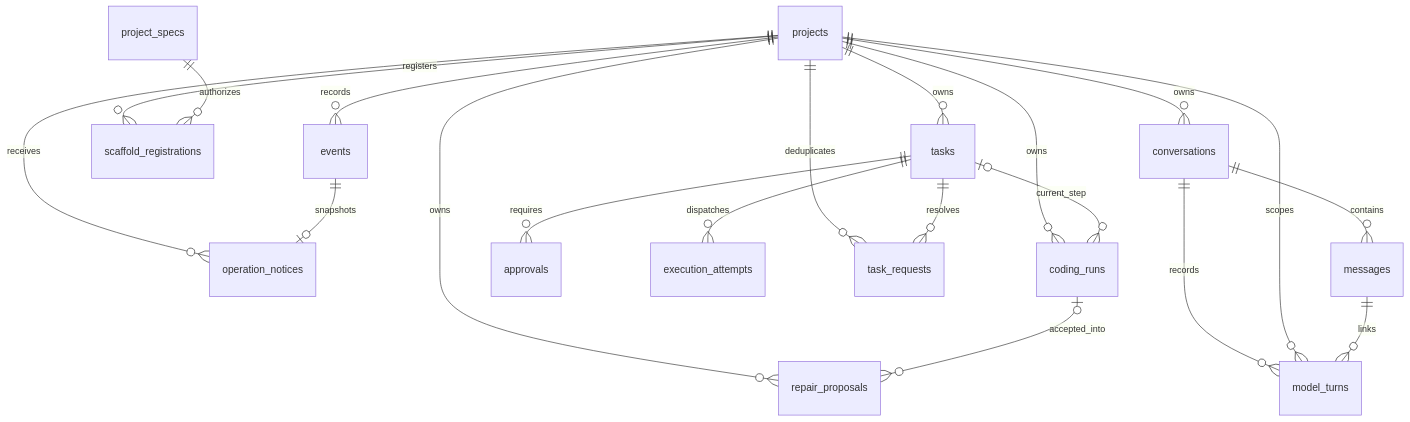
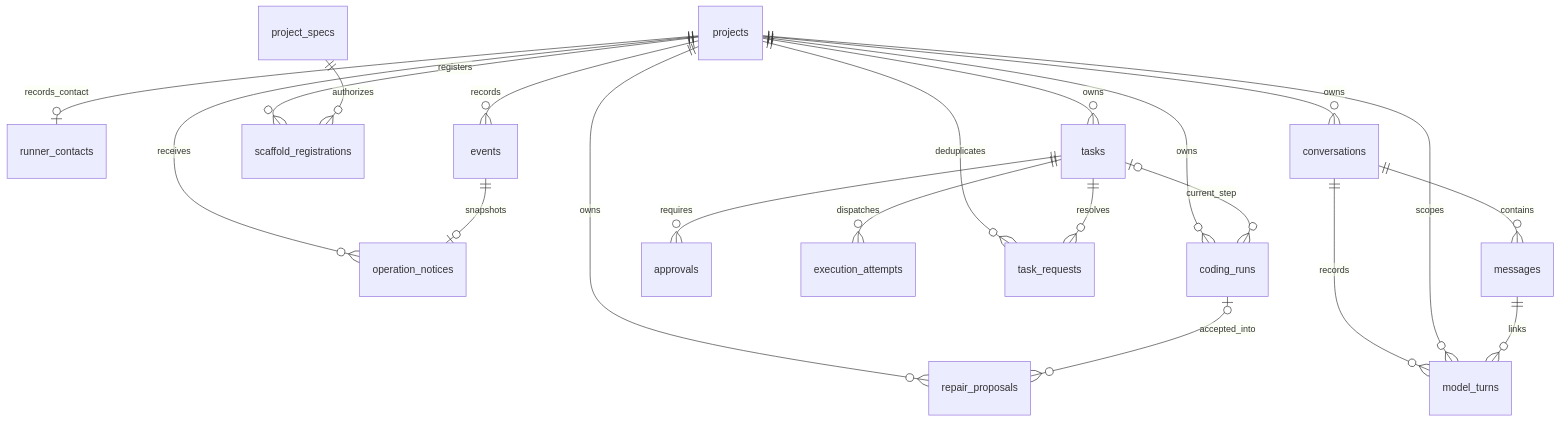
The second of 3 diagrams in docs/ARCHITECTURE.md (SkyraTech/skyra-jarvis), drawn with Mermaid before and after one commit. The commit also changed other lines of this file and 49 other files, not shown here.

Commit message:
feat(jarvis): add scheduled builds and recorded runner contact

````diff
--- a/docs/ARCHITECTURE.md
+++ b/docs/ARCHITECTURE.md
@@ -49,22 +49,23 @@
 ```mermaid
 erDiagram
+  projects ||--o| runner_contacts : records_contact
   projects ||--o{ operation_notices : receives
   events ||--o| operation_notices : snapshots
   projects ||--o{ scaffold_registrations : registers
   project_specs ||--o{ scaffold_registrations : authorizes
   projects ||--o{ conversations : owns
   conversations ||--o{ messages : contains
   conversations ||--o{ model_turns : records
   projects ||--o{ model_turns : scopes
   messages ||--o{ model_turns : links
   projects ||--o{ tasks : owns
   tasks ||--o{ approvals : requires
   tasks ||--o{ execution_attempts : dispatches
   projects ||--o{ events : records
   projects ||--o{ task_requests : deduplicates
   tasks ||--o{ task_requests : resolves
   projects ||--o{ repair_proposals : owns
   coding_runs |o--o{ repair_proposals : accepted_into
   projects ||--o{ coding_runs : owns
   tasks |o--o{ coding_runs : current_step
 ```
````
